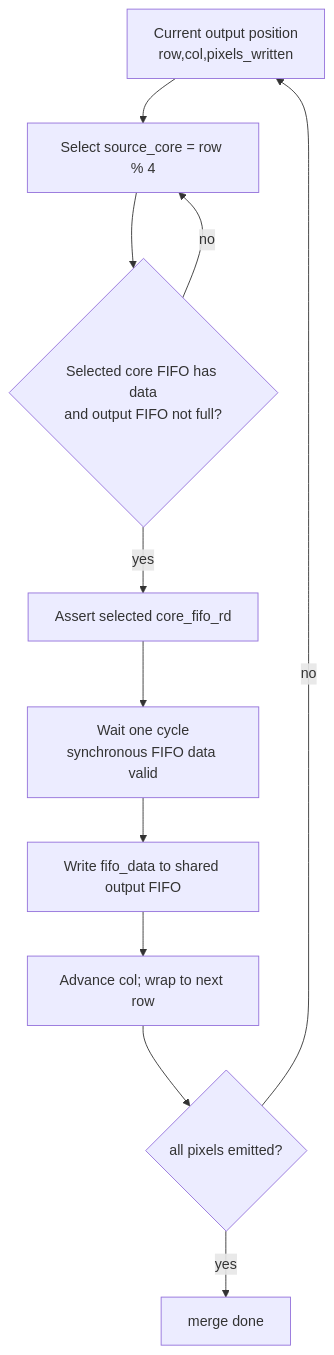
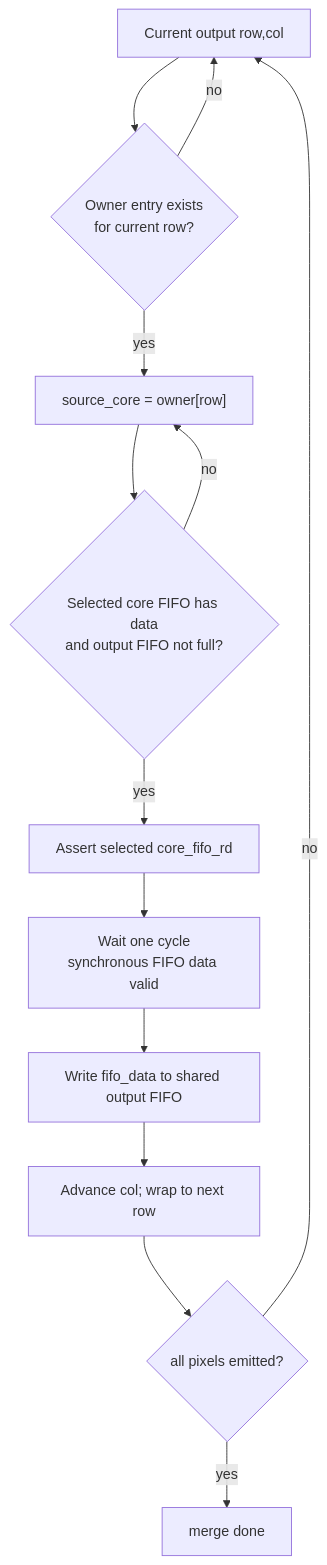
The fifth of 16 diagrams in doc/ARCHITECTURE.md (RESBI/FPGA-Mandelbrot-Demo), drawn with Mermaid before and after one commit. The commit also changed other lines of this file and 27 other files, not shown here.

````diff
--- a/doc/ARCHITECTURE.md
+++ b/doc/ARCHITECTURE.md
@@ -449,13 +455,15 @@
 ```mermaid
 flowchart TB
-    POS["Current output position<br/>row,col,pixels_written"] --> SEL["Select source_core = row % 4"]
+    POS["Current output row,col"] --> OWN{"Owner entry exists<br/>for current row?"}
+    OWN -->|no| POS
+    OWN -->|yes| SEL["source_core = owner[row]"]
     SEL --> WAIT{"Selected core FIFO has data<br/>and output FIFO not full?"}
     WAIT -->|no| SEL
     WAIT -->|yes| RD[Assert selected core_fifo_rd]
     RD --> RWAIT["Wait one cycle<br/>synchronous FIFO data valid"]
     RWAIT --> WR["Write fifo_data to shared output FIFO"]
     WR --> ADV["Advance col; wrap to next row"]
     ADV --> DONE{"all pixels emitted?"}
     DONE -->|no| POS
     DONE -->|yes| FRAME_DONE[merge done]
 ```
````
